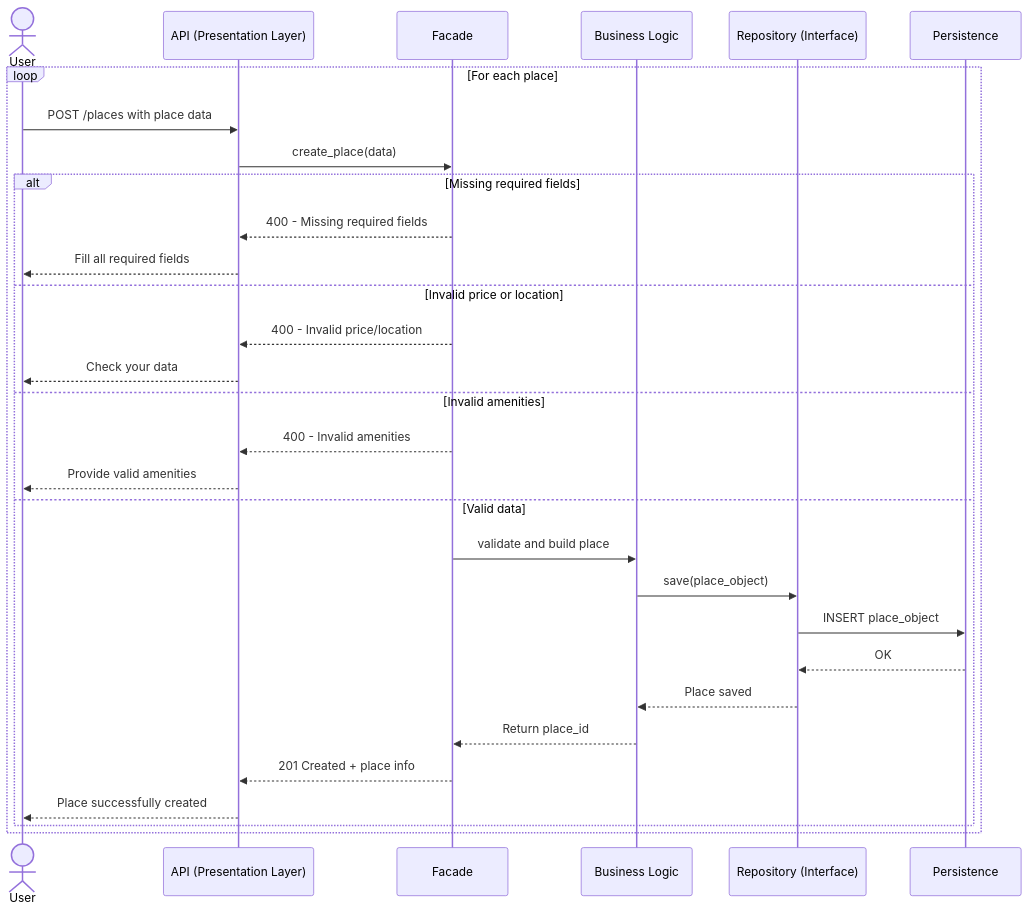
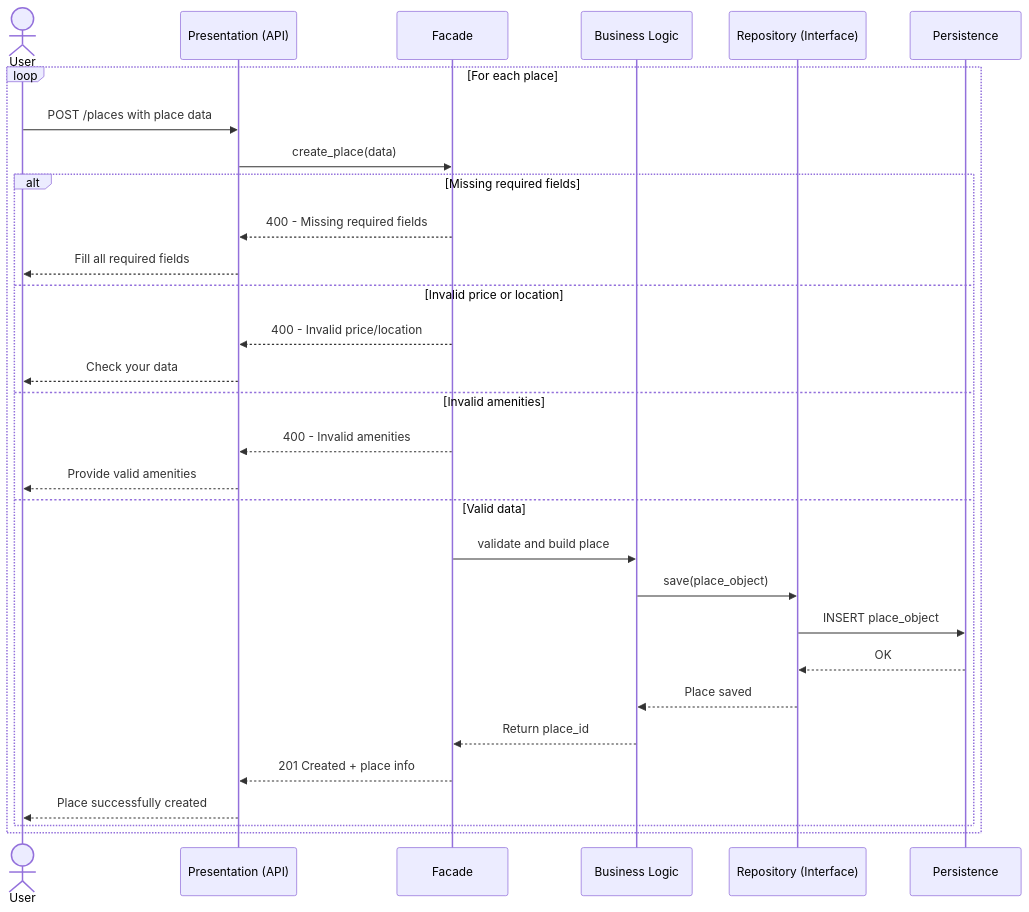
The second of 3 diagrams in Part1/README.md (Ravou/holbertonschool-hbnb), drawn with Mermaid before and after one commit. The commit also changed other lines of this file, not shown here.

````diff
--- a/Part1/README.md
+++ b/Part1/README.md
@@ -142,39 +142,39 @@
 ```mermaid
 sequenceDiagram
     %% Layers:
     %% Presentation: User, API
     %% Business Logic: Facade, PlaceLogic, PlaceRepository
     %% Persistence: Database
 
     actor User
-    participant API as API (Presentation Layer)
+    participant API as Presentation (API)
     participant Facade as Facade
     participant PlaceLogic as Business Logic
     participant PlaceRepository as Repository (Interface)
     participant Database as Persistence
 
     loop For each place
         User ->> API: POST /places with place data
         API ->> Facade: create_place(data)
 
         alt Missing required fields
             Facade -->> API: 400 - Missing required fields
             API -->> User: Fill all required fields
         else Invalid price or location
             Facade -->> API: 400 - Invalid price/location
             API -->> User: Check your data
         else Invalid amenities
             Facade -->> API: 400 - Invalid amenities
             API -->> User: Provide valid amenities
         else Valid data
             Facade ->> PlaceLogic: validate and build place
             PlaceLogic ->> PlaceRepository: save(place_object)
             PlaceRepository ->> Database: INSERT place_object
             Database -->> PlaceRepository: OK
             PlaceRepository -->> PlaceLogic: Place saved
             PlaceLogic -->> Facade: Return place_id
             Facade -->> API: 201 Created + place info
             API -->> User: Place successfully created
         end
     end
 ```
````
